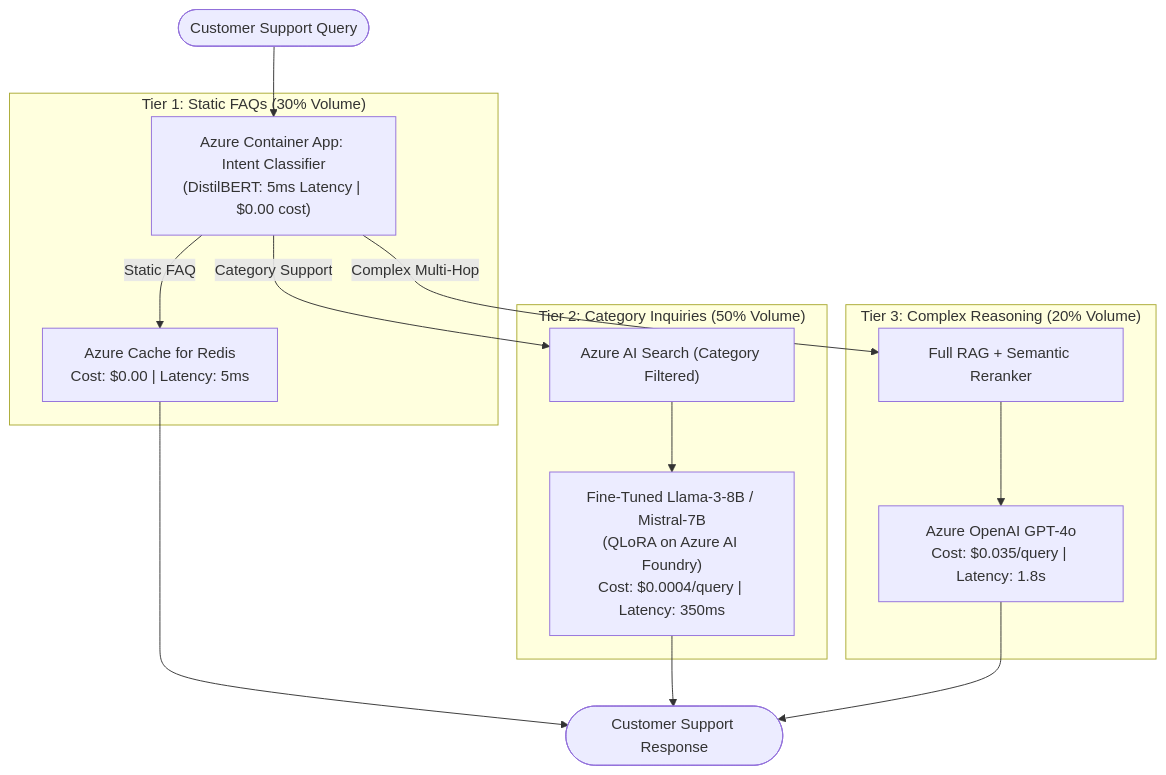
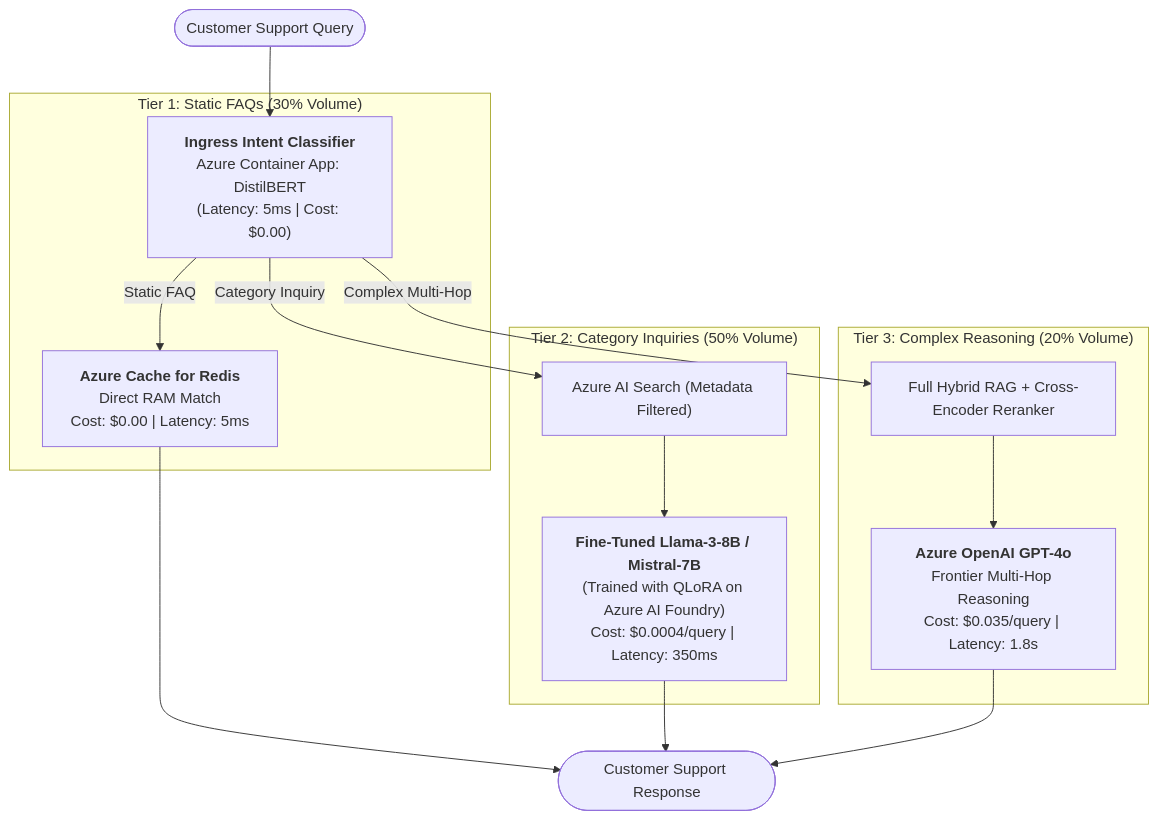
Before and after one commit to rahulkumarjha26/genai-study-materials: the sixth of 10 diagrams in README_V2.md, drawn with Mermaid. The commit also changed other lines of this file, not shown here.

Commit message:
Reboot README_V2.md with Teacher-First Framework, 1:1 Flowchart Alignment, Jargon Decoders, and Zero Repetition

````diff
--- a/README_V2.md
+++ b/README_V2.md
@@ -448,22 +511,22 @@
 ```mermaid
 flowchart TD
-    Query(["Customer Support Query"]) --> Classifier["Azure Container App: Intent Classifier<br/>(DistilBERT: 5ms Latency | $0.00 cost)"]
+    Query(["Customer Support Query"]) --> Classifier["<b>Ingress Intent Classifier</b><br/>Azure Container App: DistilBERT<br/>(Latency: 5ms | Cost: $0.00)"]
     
     subgraph TIER1["Tier 1: Static FAQs (30% Volume)"]
-        Classifier -- "Static FAQ" --> Redis["Azure Cache for Redis<br/>Cost: $0.00 | Latency: 5ms"]
+        Classifier -- "Static FAQ" --> Redis["<b>Azure Cache for Redis</b><br/>Direct RAM Match<br/>Cost: $0.00 | Latency: 5ms"]
     end
 
     subgraph TIER2["Tier 2: Category Inquiries (50% Volume)"]
-        Classifier -- "Category Support" --> CatRAG["Azure AI Search (Category Filtered)"]
-        CatRAG --> SmallModel["Fine-Tuned Llama-3-8B / Mistral-7B<br/>(QLoRA on Azure AI Foundry)<br/>Cost: $0.0004/query | Latency: 350ms"]
+        Classifier -- "Category Inquiry" --> CatSearch["Azure AI Search (Metadata Filtered)"]
+        CatSearch --> SmallModel["<b>Fine-Tuned Llama-3-8B / Mistral-7B</b><br/>(Trained with QLoRA on Azure AI Foundry)<br/>Cost: $0.0004/query | Latency: 350ms"]
     end
 
     subgraph TIER3["Tier 3: Complex Reasoning (20% Volume)"]
-        Classifier -- "Complex Multi-Hop" --> DeepRAG["Full RAG + Semantic Reranker"]
-        DeepRAG --> GPT4o["Azure OpenAI GPT-4o<br/>Cost: $0.035/query | Latency: 1.8s"]
+        Classifier -- "Complex Multi-Hop" --> DeepRAG["Full Hybrid RAG + Cross-Encoder Reranker"]
+        DeepRAG --> GPT4o["<b>Azure OpenAI GPT-4o</b><br/>Frontier Multi-Hop Reasoning<br/>Cost: $0.035/query | Latency: 1.8s"]
     end
 
     Redis --> Answer(["Customer Support Response"])
     SmallModel --> Answer
     GPT4o --> Answer
 ```
````
